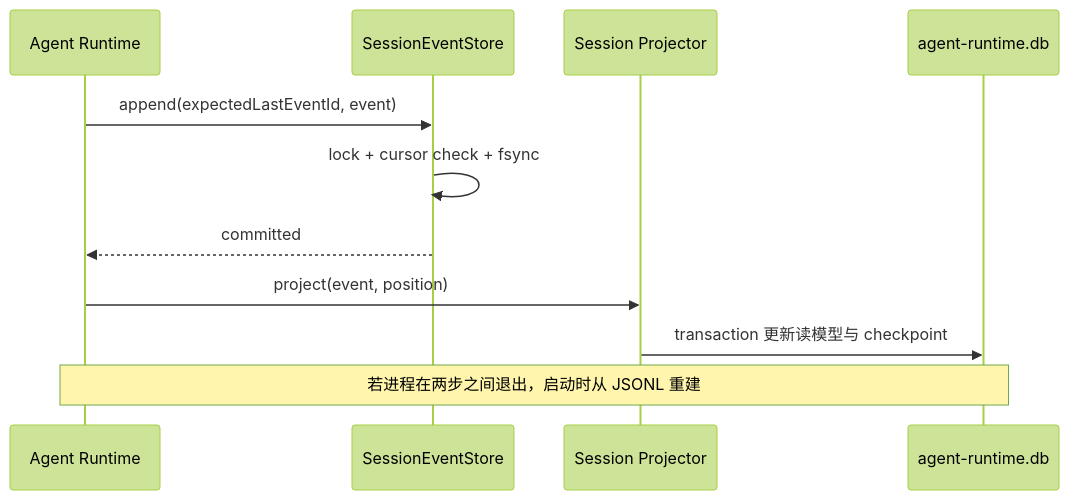
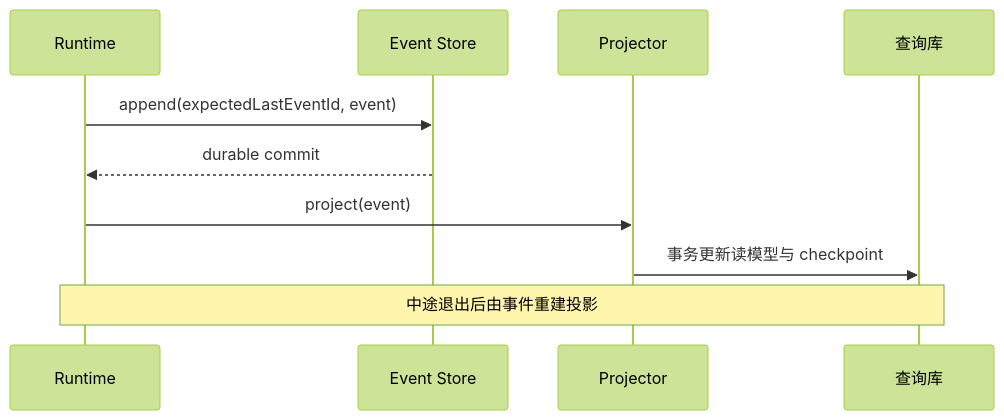
One commit to elonzh/hanppie changed the second of 3 diagrams in docs/agent-runtime-plan.md. Above: the diagram before and after it, drawn with Mermaid (forest theme). The commit also changed other lines of this file and 13 other files, not shown here.

````diff
--- a/docs/agent-runtime-plan.md
+++ b/docs/agent-runtime-plan.md
@@ -196,14 +59,12 @@
 ```mermaid
 sequenceDiagram
-    participant A as Agent Runtime
-    participant E as SessionEventStore
-    participant P as Session Projector
-    participant D as agent-runtime.db
-
-    A->>E: append(expectedLastEventId, event)
-    E->>E: lock + cursor check + fsync
-    E-->>A: committed
-    A->>P: project(event, position)
-    P->>D: transaction 更新读模型与 checkpoint
-    Note over A,D: 若进程在两步之间退出，启动时从 JSONL 重建
+    participant R as Runtime
+    participant E as Event Store
+    participant P as Projector
+    participant D as 查询库
+    R->>E: append(expectedLastEventId, event)
+    E-->>R: durable commit
+    R->>P: project(event)
+    P->>D: 事务更新读模型与 checkpoint
+    Note over R,D: 中途退出后由事件重建投影
 ```
````
